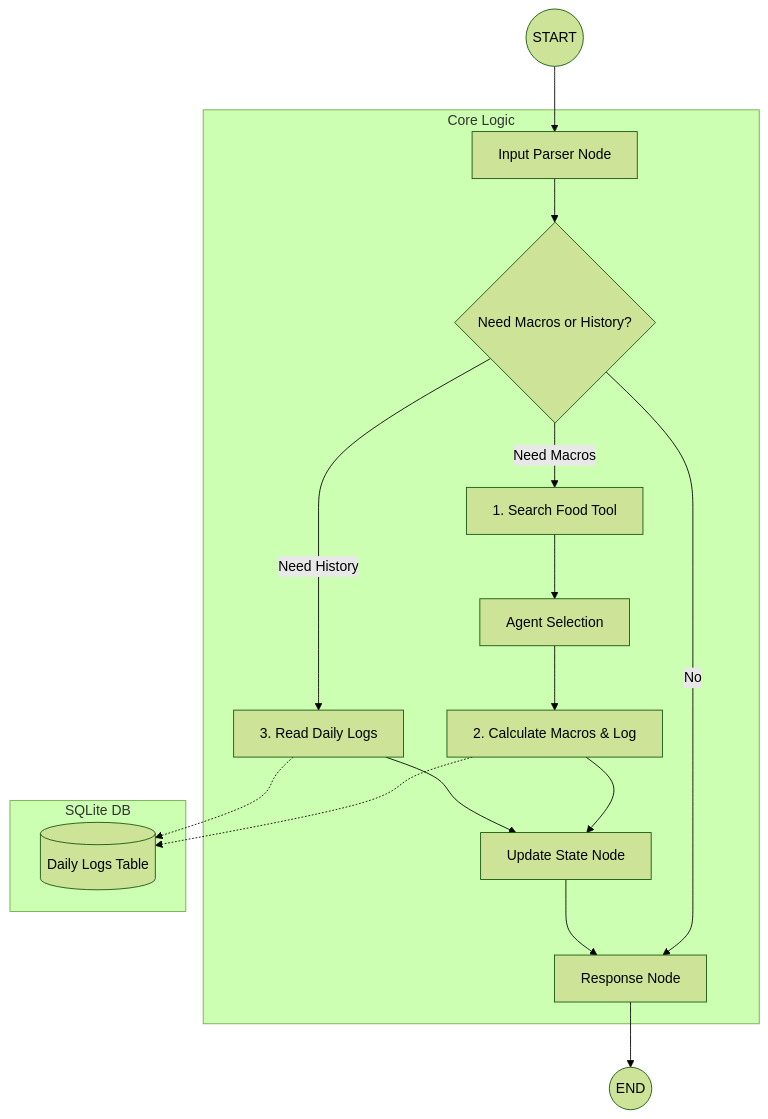
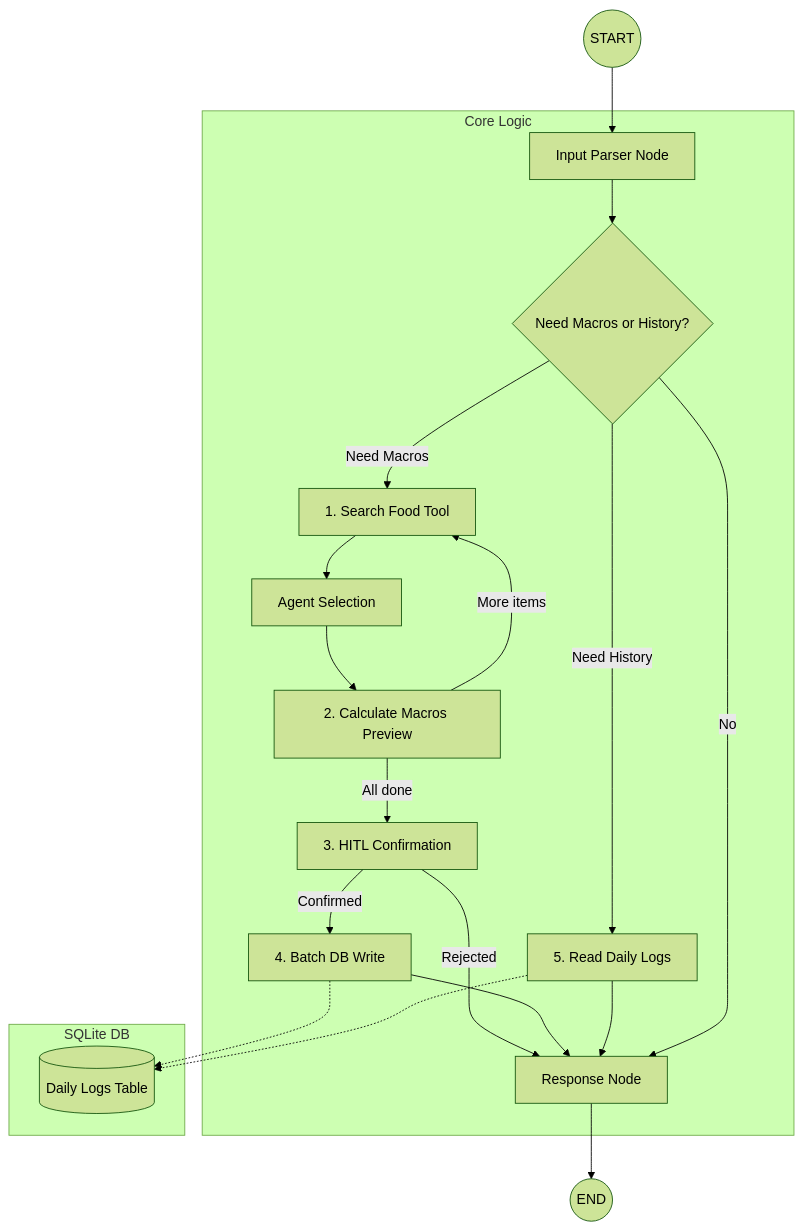
One commit to sandrusidoltst-a11y/fit_pal changed the diagram in PRD.md. Above: the diagram before and after it, drawn with Mermaid (forest theme). The commit also changed other lines of this file and 27 other files, not shown here.

First line of the commit message:
feat: add HITL batch confirmation gate and off-menu macro estimation

````diff
--- a/PRD.md
+++ b/PRD.md
@@ -47,29 +47,32 @@
 ```mermaid
 flowchart TD
     START((START)) --> InputNode[Input Parser Node]
-    
+
     subgraph Core_Logic [Core Logic]
         InputNode --> ToolCall{Need Macros or History?}
-        
+
         ToolCall -- Need Macros --> SearchTool[1. Search Food Tool]
         SearchTool --> SelectNode[Agent Selection]
-        SelectNode --> CalcTool[2. Calculate Macros & Log]
-        
-        ToolCall -- Need History --> ReadLog[3. Read Daily Logs]
-        
-        CalcTool --> UpdateState[Update State Node]
-        ReadLog --> UpdateState
-        
+        SelectNode --> CalcMacros[2. Calculate Macros Preview]
+        CalcMacros -- More items --> SearchTool
+        CalcMacros -- All done --> Confirm[3. HITL Confirmation]
+        Confirm -- Confirmed --> Commit[4. Batch DB Write]
+        Confirm -- Rejected --> ResponseNode
+
+        ToolCall -- Need History --> ReadLog[5. Read Daily Logs]
+
+        Commit --> ResponseNode
+        ReadLog --> ResponseNode
+
         ToolCall -- No --> ResponseNode
     end
-    
-    UpdateState --> ResponseNode[Response Node]
-    ResponseNode --> END((END))
+
+    ResponseNode[Response Node] --> END((END))
 
     subgraph Database [SQLite DB]
         DailyLogsTable[(Daily Logs Table)]
     end
 
-    CalcTool -.-> DailyLogsTable
+    Commit -.-> DailyLogsTable
     ReadLog -.-> DailyLogsTable
 ```
````
